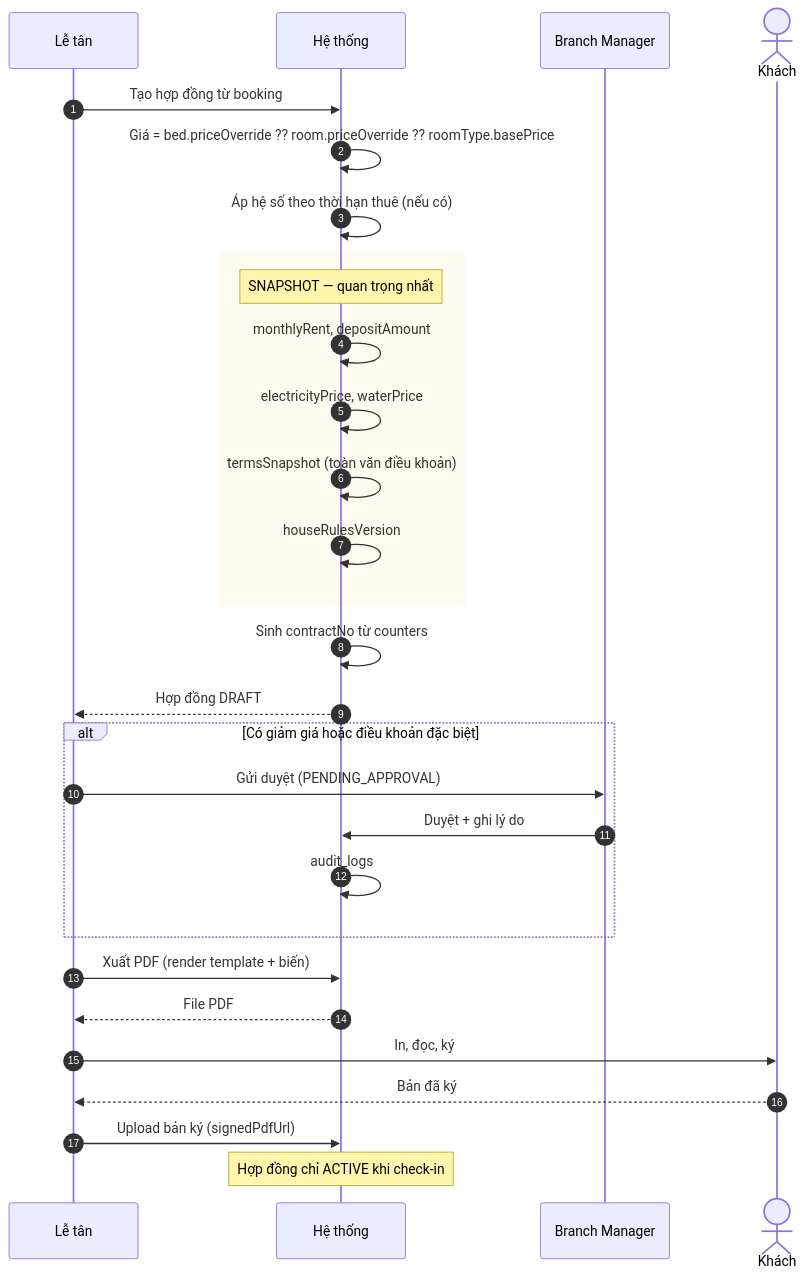
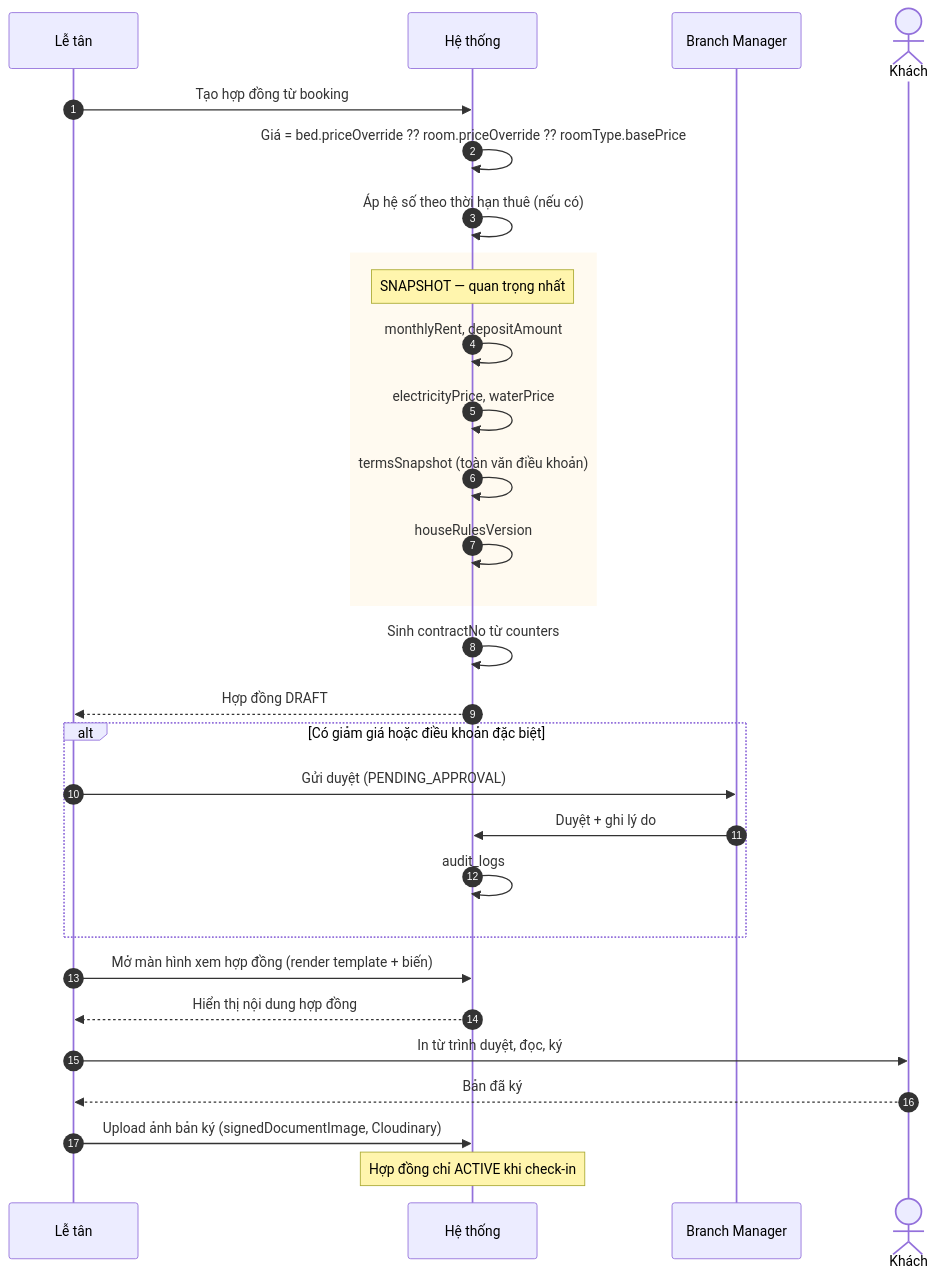
The fourth of 12 diagrams in docs/14-workflows.md (danglh5902/ktx-cali), drawn with Mermaid before and after one commit. The commit also changed other lines of this file and 60 other files, not shown here.

````diff
--- a/docs/14-workflows.md
+++ b/docs/14-workflows.md
@@ -138,36 +138,36 @@
 ```mermaid
 sequenceDiagram
     autonumber
     participant LT as Lễ tân
     participant HT as Hệ thống
     participant QL as Branch Manager
     actor KH as Khách
 
     LT->>HT: Tạo hợp đồng từ booking
     HT->>HT: Giá = bed.priceOverride ?? room.priceOverride ?? roomType.basePrice
     HT->>HT: Áp hệ số theo thời hạn thuê (nếu có)
 
     rect rgb(255, 250, 240)
     Note over HT: SNAPSHOT — quan trọng nhất
     HT->>HT: monthlyRent, depositAmount
     HT->>HT: electricityPrice, waterPrice
     HT->>HT: termsSnapshot (toàn văn điều khoản)
     HT->>HT: houseRulesVersion
     end
 
     HT->>HT: Sinh contractNo từ counters
     HT-->>LT: Hợp đồng DRAFT
 
     alt Có giảm giá hoặc điều khoản đặc biệt
         LT->>QL: Gửi duyệt (PENDING_APPROVAL)
         QL->>HT: Duyệt + ghi lý do
         HT->>HT: audit_logs
     end
 
-    LT->>HT: Xuất PDF (render template + biến)
-    HT-->>LT: File PDF
-    LT->>KH: In, đọc, ký
+    LT->>HT: Mở màn hình xem hợp đồng (render template + biến)
+    HT-->>LT: Hiển thị nội dung hợp đồng
+    LT->>KH: In từ trình duyệt, đọc, ký
     KH-->>LT: Bản đã ký
-    LT->>HT: Upload bản ký (signedPdfUrl)
+    LT->>HT: Upload ảnh bản ký (signedDocumentImage, Cloudinary)
     Note over HT: Hợp đồng chỉ ACTIVE khi check-in
 ```
````
